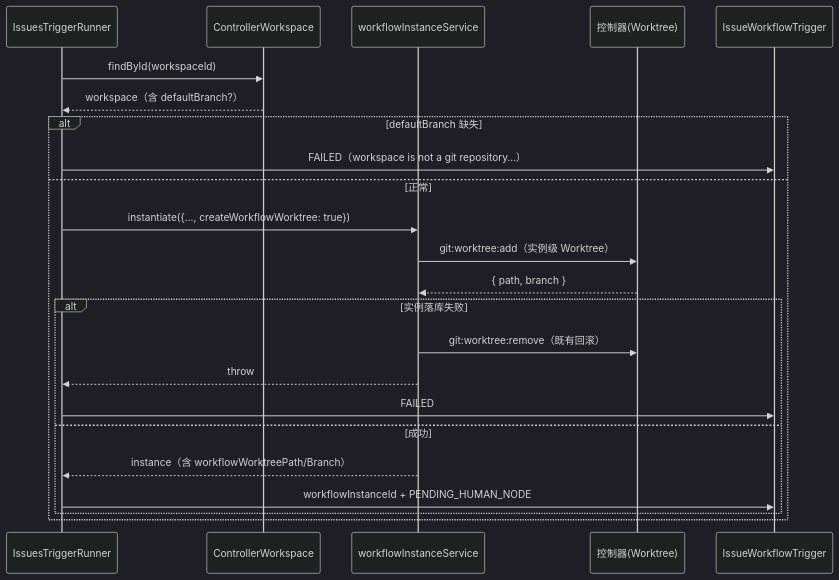
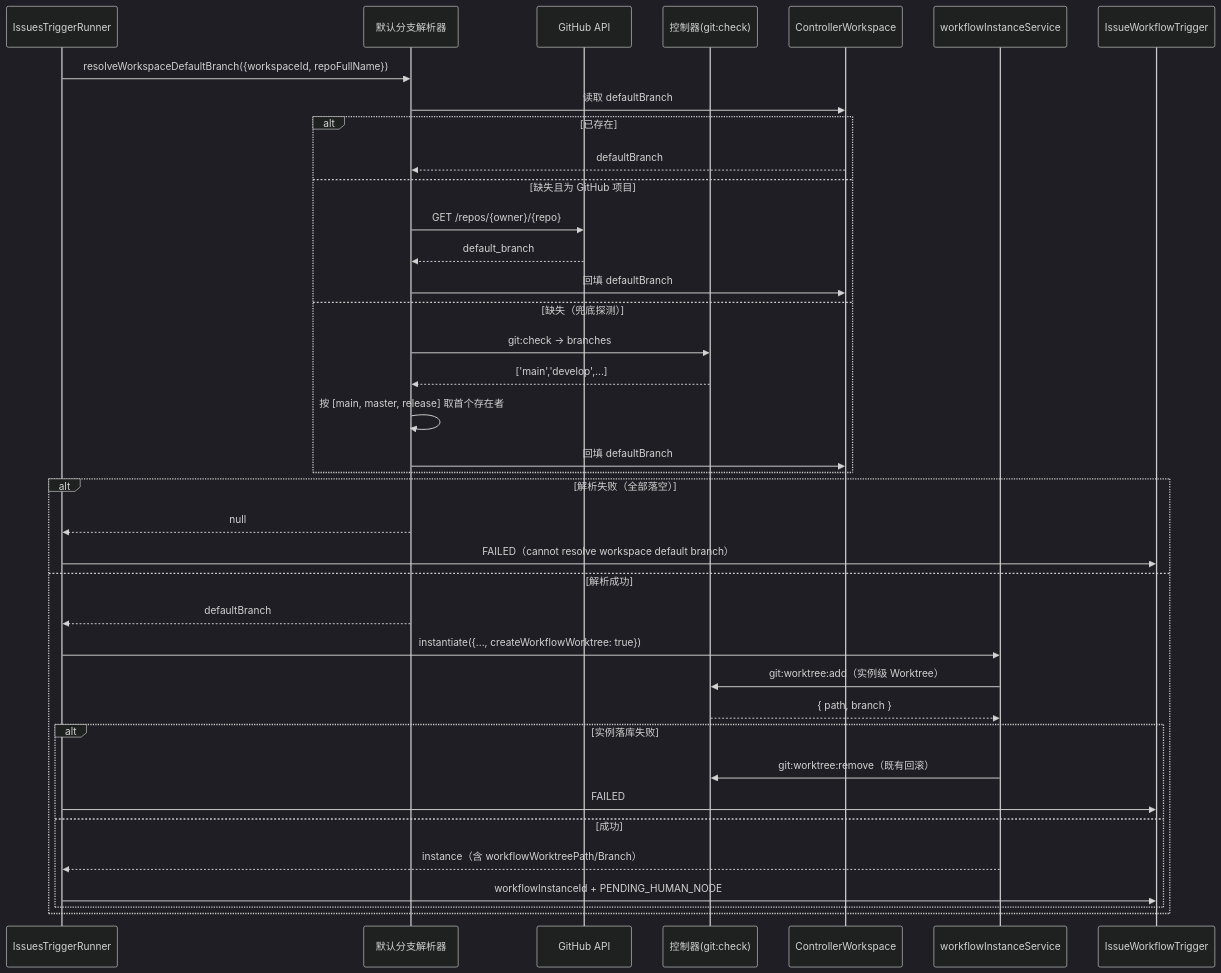
Before and after one commit to Deliay/z-agent-gear: the third of 4 diagrams in docs/engineering/proposals/20261026-fix-issues-workflow-force-worktree.md, drawn with Mermaid (dark theme). The commit also changed other lines of this file and 3 other files, not shown here.

First line of the commit message:
docs: 按评审意见修订——defaultBranch 缺失改为自动探测回填并修复历史问题

````diff
--- a/docs/engineering/proposals/20261026-fix-issues-workflow-force-worktree.md
+++ b/docs/engineering/proposals/20261026-fix-issues-workflow-force-worktree.md
@@ -145,26 +207,41 @@
 ```mermaid
 sequenceDiagram
     participant R as IssuesTriggerRunner
+    participant D as 默认分支解析器
+    participant G as GitHub API
+    participant C as 控制器(git:check)
     participant W as ControllerWorkspace
     participant I as workflowInstanceService
-    participant C as 控制器(Worktree)
     participant T as IssueWorkflowTrigger
 
-    R->>W: findById(workspaceId)
-    W-->>R: workspace（含 defaultBranch?）
-    alt defaultBranch 缺失
-        R->>T: FAILED（workspace is not a git repository...）
-    else 正常
+    R->>D: resolveWorkspaceDefaultBranch({workspaceId, repoFullName})
+    D->>W: 读取 defaultBranch
+    alt 已存在
+        W-->>D: defaultBranch
+    else 缺失且为 GitHub 项目
+        D->>G: GET /repos/{owner}/{repo}
+        G-->>D: default_branch
+        D->>W: 回填 defaultBranch
+    else 缺失（兜底探测）
+        D->>C: git:check → branches
+        C-->>D: ['main','develop',...]
+        D->>D: 按 [main, master, release] 取首个存在者
+        D->>W: 回填 defaultBranch
+    end
+    alt 解析失败（全部落空）
+        D-->>R: null
+        R->>T: FAILED（cannot resolve workspace default branch）
+    else 解析成功
+        D-->>R: defaultBranch
         R->>I: instantiate({..., createWorkflowWorktree: true})
         I->>C: git:worktree:add（实例级 Worktree）
         C-->>I: { path, branch }
         alt 实例落库失败
             I->>C: git:worktree:remove（既有回滚）
-            I-->>R: throw
             R->>T: FAILED
         else 成功
             I-->>R: instance（含 workflowWorktreePath/Branch）
             R->>T: workflowInstanceId + PENDING_HUMAN_NODE
         end
     end
 ```
````
